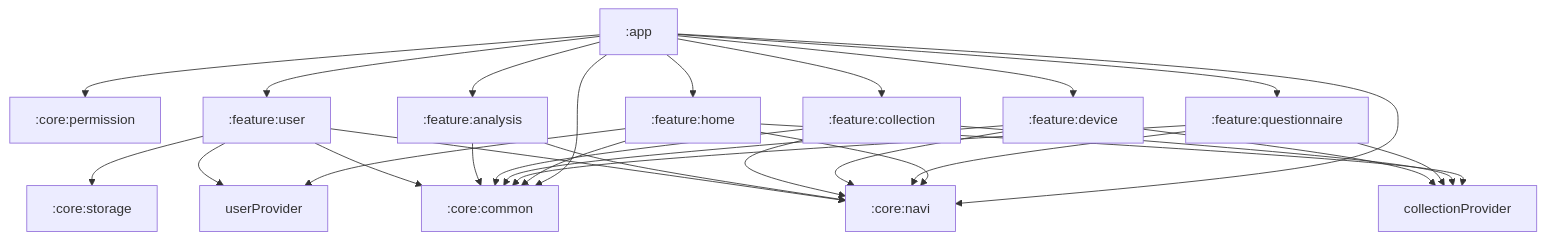
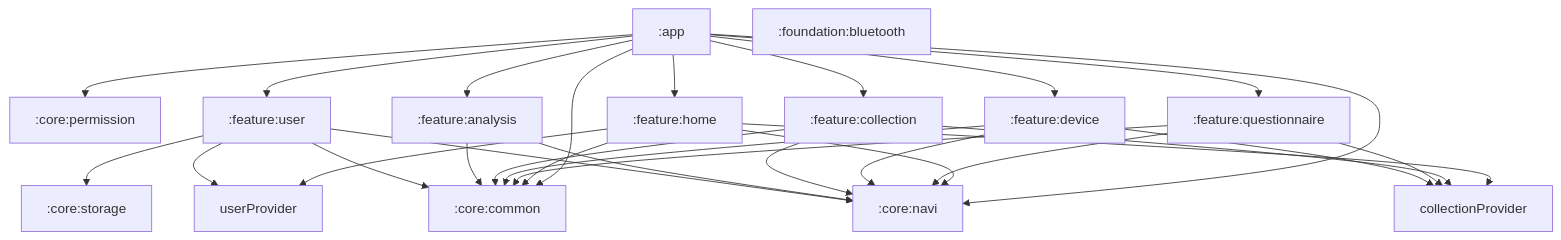
Before and after one commit to hooierayi/vitalhub: the diagram in docs/architecture/index.md, drawn with Mermaid. The commit also changed other lines of this file and 45 other files, not shown here.

Commit message:
feat: migrate bluetooth foundation library

````diff
--- a/docs/architecture/index.md
+++ b/docs/architecture/index.md
@@ -36,31 +36,32 @@
 ```mermaid
 graph TD
     app[":app"] --> common[":core:common"]
     app --> navi[":core:navi"]
     app --> permission[":core:permission"]
+    bluetooth[":foundation:bluetooth"]
     userFeature --> storage[":core:storage"]
     app --> home[":feature:home"]
     app --> userFeature[":feature:user"]
     app --> questionnaire[":feature:questionnaire"]
     app --> device[":feature:device"]
     app --> collection[":feature:collection"]
     app --> analysis[":feature:analysis"]
     home --> common
     home --> navi
     home --> userProvider
     home --> collectionProvider
     questionnaire --> common
     questionnaire --> navi
     device --> common
     device --> navi
     collection --> common
     collection --> navi
     collection --> collectionProvider
     questionnaire --> collectionProvider
     device --> collectionProvider
     analysis --> common
     analysis --> navi
     userFeature --> common
     userFeature --> navi
     userFeature --> userProvider
 ```
````
